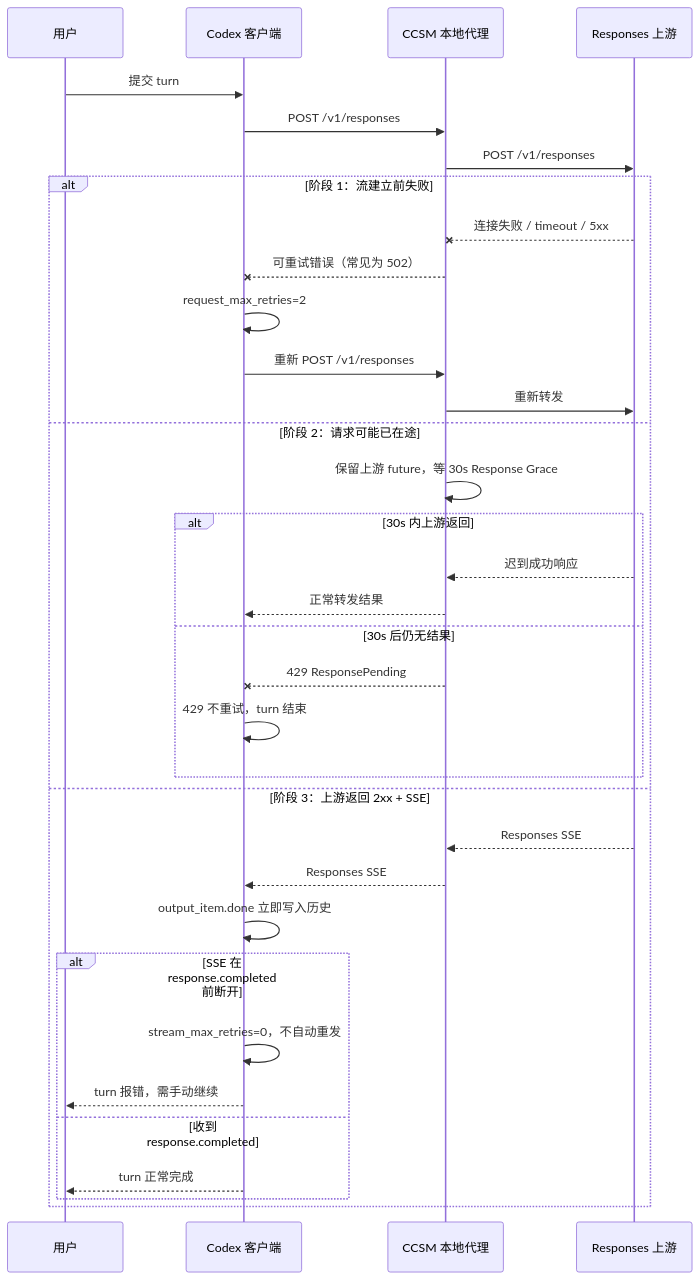
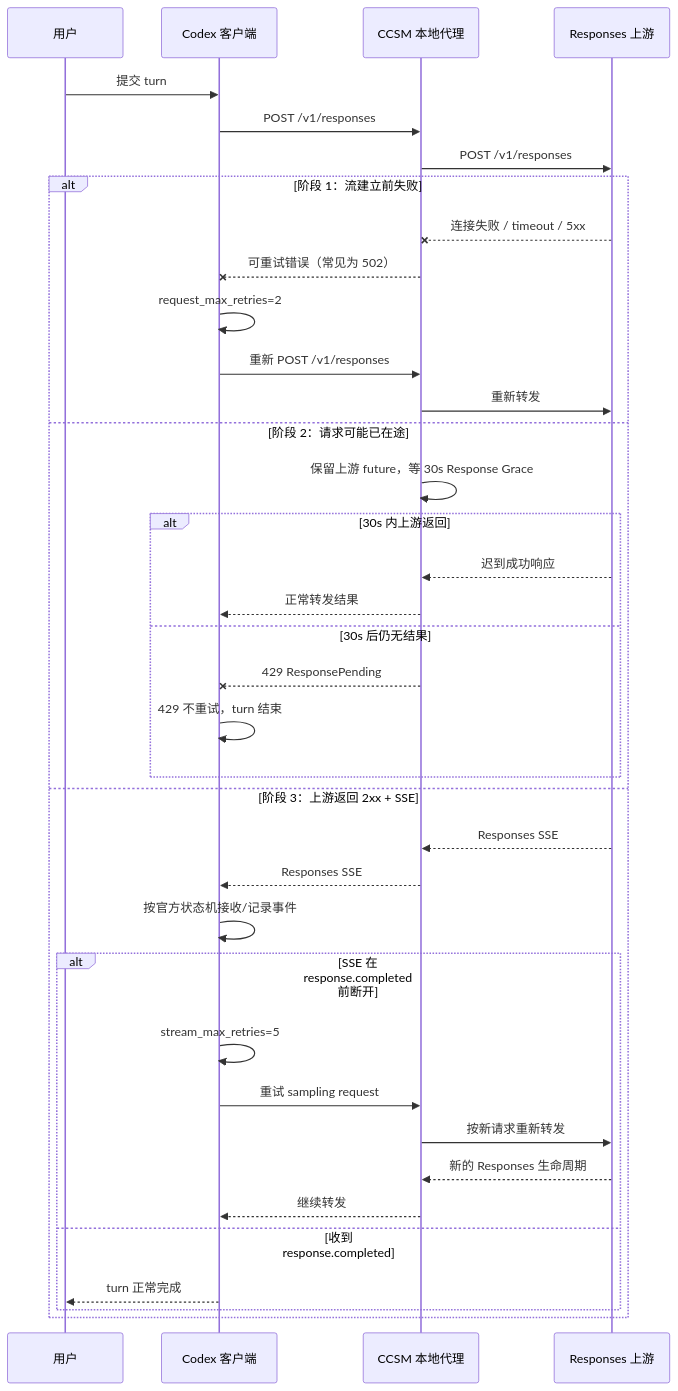
One commit to BigStrongSun/ccswitchmulti changed the second of 4 diagrams in docs/guides/codex-reconnect-mechanism-zh.md. Above: the diagram before and after it, drawn with Mermaid. The commit also changed other lines of this file and 2 other files, not shown here.

````diff
--- a/docs/guides/codex-reconnect-mechanism-zh.md
+++ b/docs/guides/codex-reconnect-mechanism-zh.md
@@ -50,38 +50,41 @@
 ```mermaid
 sequenceDiagram
     participant U as 用户
     participant C as Codex 客户端
     participant P as CCSM 本地代理
     participant A as Responses 上游
 
     U->>C: 提交 turn
     C->>P: POST /v1/responses
     P->>A: POST /v1/responses
 
     alt 阶段 1：流建立前失败
         A--xP: 连接失败 / timeout / 5xx
         P--xC: 可重试错误（常见为 502）
         C->>C: request_max_retries=2
         C->>P: 重新 POST /v1/responses
         P->>A: 重新转发
     else 阶段 2：请求可能已在途
         P->>P: 保留上游 future，等 30s Response Grace
         alt 30s 内上游返回
             A-->>P: 迟到成功响应
             P-->>C: 正常转发结果
         else 30s 后仍无结果
             P--xC: 429 ResponsePending
             C->>C: 429 不重试，turn 结束
         end
     else 阶段 3：上游返回 2xx + SSE
         A-->>P: Responses SSE
         P-->>C: Responses SSE
-        C->>C: output_item.done 立即写入历史
+        C->>C: 按官方状态机接收/记录事件
         alt SSE 在 response.completed 前断开
-            C->>C: stream_max_retries=0，不自动重发
-            C-->>U: turn 报错，需手动继续
+            C->>C: stream_max_retries=5
+            C->>P: 重试 sampling request
+            P->>A: 按新请求重新转发
+            A-->>P: 新的 Responses 生命周期
+            P-->>C: 继续转发
         else 收到 response.completed
             C-->>U: turn 正常完成
         end
     end
 ```
````
